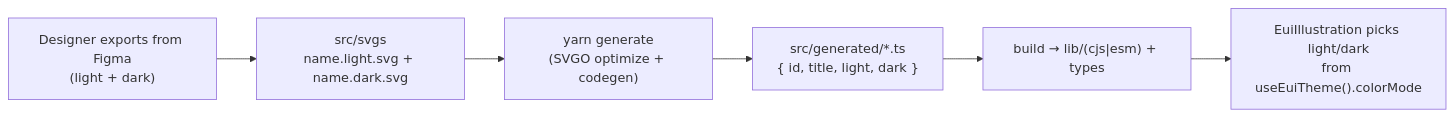
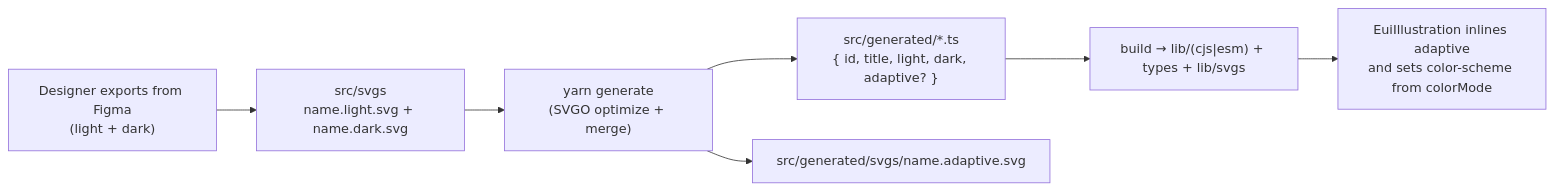
One commit to elastic/eui changed the diagram in packages/illustrations/README.md. Above: the diagram before and after it, drawn with Mermaid. The commit also changed other lines of this file and 9 other files, not shown here.

First line of the commit message:
[EuiIllustration] Add adaptive light-dark illustration variant

````diff
--- a/packages/illustrations/README.md
+++ b/packages/illustrations/README.md
@@ -17,8 +16,9 @@
 ```mermaid
 flowchart LR
   A["Designer exports from Figma<br/>(light + dark)"] --> B["src/svgs<br/>name.light.svg + name.dark.svg"]
-  B --> C["yarn generate<br/>(SVGO optimize + codegen)"]
-  C --> D["src/generated/*.ts<br/>{ id, title, light, dark }"]
-  D --> E["build → lib/(cjs|esm) + types"]
-  E --> F["EuiIllustration picks light/dark<br/>from useEuiTheme().colorMode"]
+  B --> C["yarn generate<br/>(SVGO optimize + merge)"]
+  C --> D["src/generated/*.ts<br/>{ id, title, light, dark, adaptive? }"]
+  C --> G["src/generated/svgs/name.adaptive.svg"]
+  D --> E["build → lib/(cjs|esm) + types + lib/svgs"]
+  E --> F["EuiIllustration inlines adaptive<br/>and sets color-scheme from colorMode"]
 ```
````
